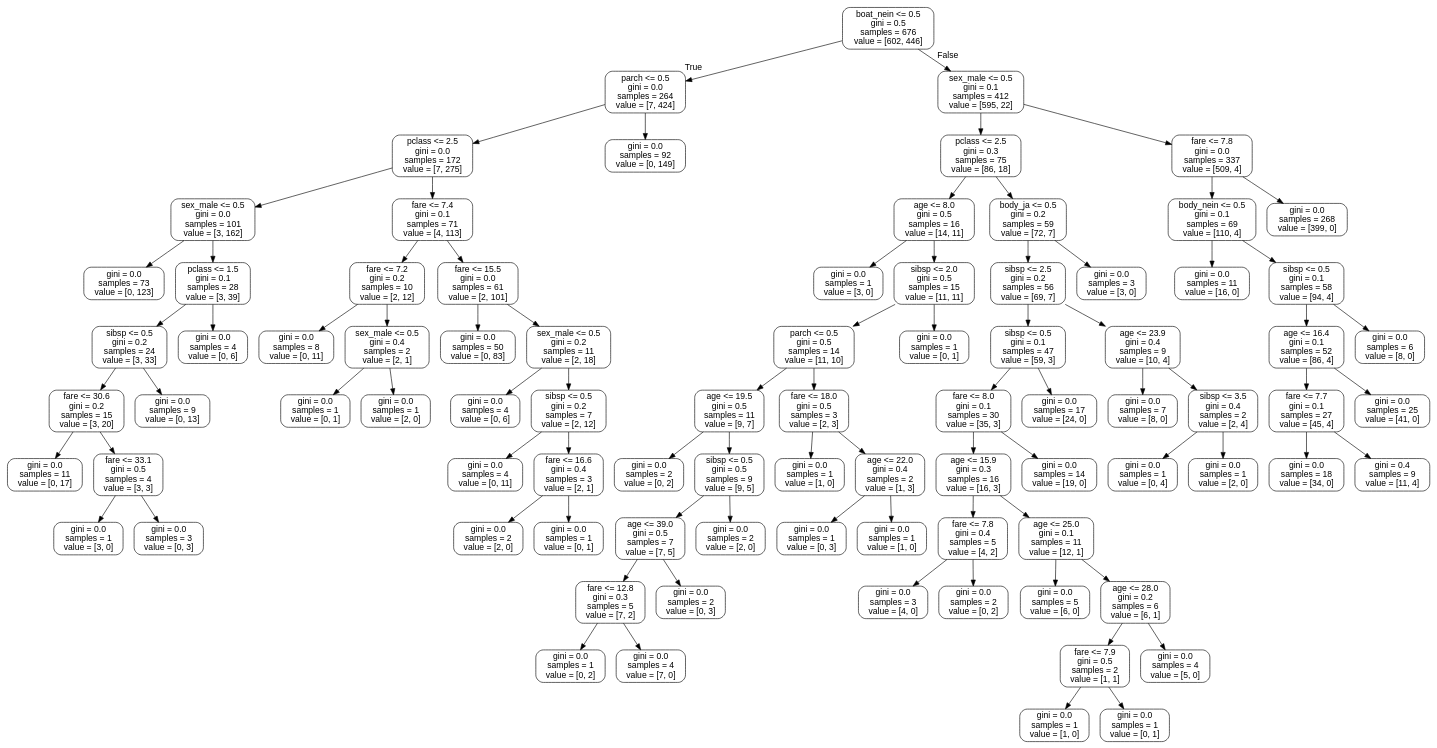
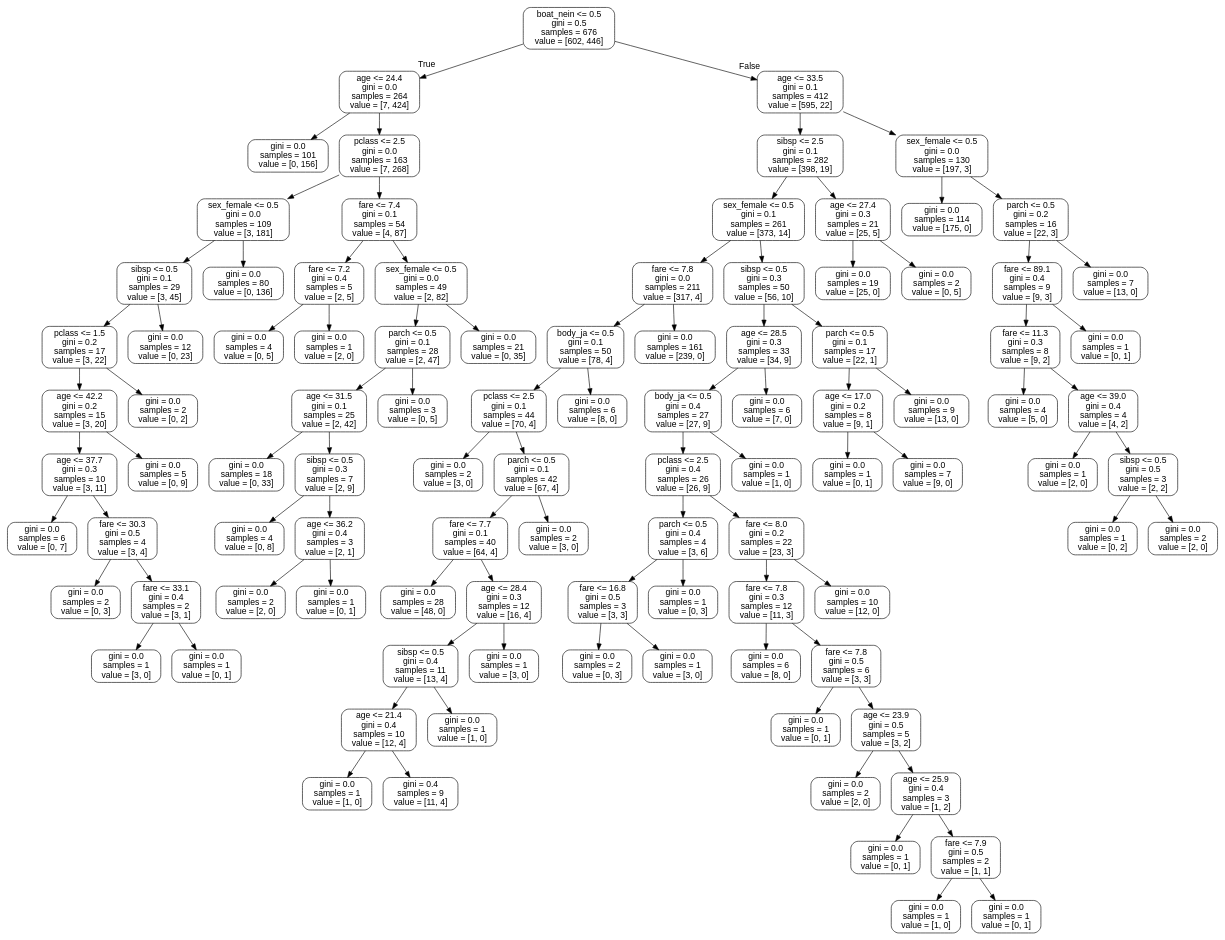
The diagram in tree.dot (umaend/cas_infeng), drawn with Graphviz before and after one commit. The commit also changed 2 other files, not shown here.

```diff
--- a/tree.dot
+++ b/tree.dot
@@ -2,172 +2,200 @@
 node [shape=box, style="rounded", color="black", fontname=helvetica] ;
 edge [fontname=helvetica] ;
 0 [label="boat_nein <= 0.5\ngini = 0.5\nsamples = 676\nvalue = [602, 446]"] ;
-1 [label="parch <= 0.5\ngini = 0.0\nsamples = 264\nvalue = [7, 424]"] ;
+1 [label="age <= 24.4\ngini = 0.0\nsamples = 264\nvalue = [7, 424]"] ;
 0 -> 1 [labeldistance=2.5, labelangle=45, headlabel="True"] ;
-2 [label="pclass <= 2.5\ngini = 0.0\nsamples = 172\nvalue = [7, 275]"] ;
+2 [label="gini = 0.0\nsamples = 101\nvalue = [0, 156]"] ;
 1 -> 2 ;
-3 [label="sex_male <= 0.5\ngini = 0.0\nsamples = 101\nvalue = [3, 162]"] ;
-2 -> 3 ;
-4 [label="gini = 0.0\nsamples = 73\nvalue = [0, 123]"] ;
+3 [label="pclass <= 2.5\ngini = 0.0\nsamples = 163\nvalue = [7, 268]"] ;
+1 -> 3 ;
+4 [label="sex_female <= 0.5\ngini = 0.0\nsamples = 109\nvalue = [3, 181]"] ;
 3 -> 4 ;
-5 [label="pclass <= 1.5\ngini = 0.1\nsamples = 28\nvalue = [3, 39]"] ;
-3 -> 5 ;
-6 [label="sibsp <= 0.5\ngini = 0.2\nsamples = 24\nvalue = [3, 33]"] ;
+5 [label="sibsp <= 0.5\ngini = 0.1\nsamples = 29\nvalue = [3, 45]"] ;
+4 -> 5 ;
+6 [label="pclass <= 1.5\ngini = 0.2\nsamples = 17\nvalue = [3, 22]"] ;
 5 -> 6 ;
-7 [label="fare <= 30.6\ngini = 0.2\nsamples = 15\nvalue = [3, 20]"] ;
+7 [label="age <= 42.2\ngini = 0.2\nsamples = 15\nvalue = [3, 20]"] ;
 6 -> 7 ;
-8 [label="gini = 0.0\nsamples = 11\nvalue = [0, 17]"] ;
+8 [label="age <= 37.7\ngini = 0.3\nsamples = 10\nvalue = [3, 11]"] ;
 7 -> 8 ;
-9 [label="fare <= 33.1\ngini = 0.5\nsamples = 4\nvalue = [3, 3]"] ;
-7 -> 9 ;
-10 [label="gini = 0.0\nsamples = 1\nvalue = [3, 0]"] ;
-9 -> 10 ;
-11 [label="gini = 0.0\nsamples = 3\nvalue = [0, 3]"] ;
-9 -> 11 ;
-12 [label="gini = 0.0\nsamples = 9\nvalue = [0, 13]"] ;
-6 -> 12 ;
-13 [label="gini = 0.0\nsamples = 4\nvalue = [0, 6]"] ;
-5 -> 13 ;
-14 [label="fare <= 7.4\ngini = 0.1\nsamples = 71\nvalue = [4, 113]"] ;
-2 -> 14 ;
-15 [label="fare <= 7.2\ngini = 0.2\nsamples = 10\nvalue = [2, 12]"] ;
-14 -> 15 ;
-16 [label="gini = 0.0\nsamples = 8\nvalue = [0, 11]"] ;
-15 -> 16 ;
-17 [label="sex_male <= 0.5\ngini = 0.4\nsamples = 2\nvalue = [2, 1]"] ;
-15 -> 17 ;
-18 [label="gini = 0.0\nsamples = 1\nvalue = [0, 1]"] ;
-17 -> 18 ;
-19 [label="gini = 0.0\nsamples = 1\nvalue = [2, 0]"] ;
-17 -> 19 ;
-20 [label="fare <= 15.5\ngini = 0.0\nsamples = 61\nvalue = [2, 101]"] ;
-14 -> 20 ;
-21 [label="gini = 0.0\nsamples = 50\nvalue = [0, 83]"] ;
+9 [label="gini = 0.0\nsamples = 6\nvalue = [0, 7]"] ;
+8 -> 9 ;
+10 [label="fare <= 30.3\ngini = 0.5\nsamples = 4\nvalue = [3, 4]"] ;
+8 -> 10 ;
+11 [label="gini = 0.0\nsamples = 2\nvalue = [0, 3]"] ;
+10 -> 11 ;
+12 [label="fare <= 33.1\ngini = 0.4\nsamples = 2\nvalue = [3, 1]"] ;
+10 -> 12 ;
+13 [label="gini = 0.0\nsamples = 1\nvalue = [3, 0]"] ;
+12 -> 13 ;
+14 [label="gini = 0.0\nsamples = 1\nvalue = [0, 1]"] ;
+12 -> 14 ;
+15 [label="gini = 0.0\nsamples = 5\nvalue = [0, 9]"] ;
+7 -> 15 ;
+16 [label="gini = 0.0\nsamples = 2\nvalue = [0, 2]"] ;
+6 -> 16 ;
+17 [label="gini = 0.0\nsamples = 12\nvalue = [0, 23]"] ;
+5 -> 17 ;
+18 [label="gini = 0.0\nsamples = 80\nvalue = [0, 136]"] ;
+4 -> 18 ;
+19 [label="fare <= 7.4\ngini = 0.1\nsamples = 54\nvalue = [4, 87]"] ;
+3 -> 19 ;
+20 [label="fare <= 7.2\ngini = 0.4\nsamples = 5\nvalue = [2, 5]"] ;
+19 -> 20 ;
+21 [label="gini = 0.0\nsamples = 4\nvalue = [0, 5]"] ;
 20 -> 21 ;
-22 [label="sex_male <= 0.5\ngini = 0.2\nsamples = 11\nvalue = [2, 18]"] ;
+22 [label="gini = 0.0\nsamples = 1\nvalue = [2, 0]"] ;
 20 -> 22 ;
-23 [label="gini = 0.0\nsamples = 4\nvalue = [0, 6]"] ;
-22 -> 23 ;
-24 [label="sibsp <= 0.5\ngini = 0.2\nsamples = 7\nvalue = [2, 12]"] ;
-22 -> 24 ;
-25 [label="gini = 0.0\nsamples = 4\nvalue = [0, 11]"] ;
+23 [label="sex_female <= 0.5\ngini = 0.0\nsamples = 49\nvalue = [2, 82]"] ;
+19 -> 23 ;
+24 [label="parch <= 0.5\ngini = 0.1\nsamples = 28\nvalue = [2, 47]"] ;
+23 -> 24 ;
+25 [label="age <= 31.5\ngini = 0.1\nsamples = 25\nvalue = [2, 42]"] ;
 24 -> 25 ;
-26 [label="fare <= 16.6\ngini = 0.4\nsamples = 3\nvalue = [2, 1]"] ;
-24 -> 26 ;
-27 [label="gini = 0.0\nsamples = 2\nvalue = [2, 0]"] ;
-26 -> 27 ;
-28 [label="gini = 0.0\nsamples = 1\nvalue = [0, 1]"] ;
-26 -> 28 ;
-29 [label="gini = 0.0\nsamples = 92\nvalue = [0, 149]"] ;
-1 -> 29 ;
-30 [label="sex_male <= 0.5\ngini = 0.1\nsamples = 412\nvalue = [595, 22]"] ;
-0 -> 30 [labeldistance=2.5, labelangle=-45, headlabel="False"] ;
-31 [label="pclass <= 2.5\ngini = 0.3\nsamples = 75\nvalue = [86, 18]"] ;
-30 -> 31 ;
-32 [label="age <= 8.0\ngini = 0.5\nsamples = 16\nvalue = [14, 11]"] ;
-31 -> 32 ;
-33 [label="gini = 0.0\nsamples = 1\nvalue = [3, 0]"] ;
-32 -> 33 ;
-34 [label="sibsp <= 2.0\ngini = 0.5\nsamples = 15\nvalue = [11, 11]"] ;
-32 -> 34 ;
-35 [label="parch <= 0.5\ngini = 0.5\nsamples = 14\nvalue = [11, 10]"] ;
+26 [label="gini = 0.0\nsamples = 18\nvalue = [0, 33]"] ;
+25 -> 26 ;
+27 [label="sibsp <= 0.5\ngini = 0.3\nsamples = 7\nvalue = [2, 9]"] ;
+25 -> 27 ;
+28 [label="gini = 0.0\nsamples = 4\nvalue = [0, 8]"] ;
+27 -> 28 ;
+29 [label="age <= 36.2\ngini = 0.4\nsamples = 3\nvalue = [2, 1]"] ;
+27 -> 29 ;
+30 [label="gini = 0.0\nsamples = 2\nvalue = [2, 0]"] ;
+29 -> 30 ;
+31 [label="gini = 0.0\nsamples = 1\nvalue = [0, 1]"] ;
+29 -> 31 ;
+32 [label="gini = 0.0\nsamples = 3\nvalue = [0, 5]"] ;
+24 -> 32 ;
+33 [label="gini = 0.0\nsamples = 21\nvalue = [0, 35]"] ;
+23 -> 33 ;
+34 [label="age <= 33.5\ngini = 0.1\nsamples = 412\nvalue = [595, 22]"] ;
+0 -> 34 [labeldistance=2.5, labelangle=-45, headlabel="False"] ;
+35 [label="sibsp <= 2.5\ngini = 0.1\nsamples = 282\nvalue = [398, 19]"] ;
 34 -> 35 ;
-36 [label="age <= 19.5\ngini = 0.5\nsamples = 11\nvalue = [9, 7]"] ;
+36 [label="sex_female <= 0.5\ngini = 0.1\nsamples = 261\nvalue = [373, 14]"] ;
 35 -> 36 ;
-37 [label="gini = 0.0\nsamples = 2\nvalue = [0, 2]"] ;
+37 [label="fare <= 7.8\ngini = 0.0\nsamples = 211\nvalue = [317, 4]"] ;
 36 -> 37 ;
-38 [label="sibsp <= 0.5\ngini = 0.5\nsamples = 9\nvalue = [9, 5]"] ;
-36 -> 38 ;
-39 [label="age <= 39.0\ngini = 0.5\nsamples = 7\nvalue = [7, 5]"] ;
+38 [label="body_ja <= 0.5\ngini = 0.1\nsamples = 50\nvalue = [78, 4]"] ;
+37 -> 38 ;
+39 [label="pclass <= 2.5\ngini = 0.1\nsamples = 44\nvalue = [70, 4]"] ;
 38 -> 39 ;
-40 [label="fare <= 12.8\ngini = 0.3\nsamples = 5\nvalue = [7, 2]"] ;
+40 [label="gini = 0.0\nsamples = 2\nvalue = [3, 0]"] ;
 39 -> 40 ;
-41 [label="gini = 0.0\nsamples = 1\nvalue = [0, 2]"] ;
-40 -> 41 ;
-42 [label="gini = 0.0\nsamples = 4\nvalue = [7, 0]"] ;
-40 -> 42 ;
-43 [label="gini = 0.0\nsamples = 2\nvalue = [0, 3]"] ;
-39 -> 43 ;
-44 [label="gini = 0.0\nsamples = 2\nvalue = [2, 0]"] ;
-38 -> 44 ;
-45 [label="fare <= 18.0\ngini = 0.5\nsamples = 3\nvalue = [2, 3]"] ;
-35 -> 45 ;
-46 [label="gini = 0.0\nsamples = 1\nvalue = [1, 0]"] ;
+41 [label="parch <= 0.5\ngini = 0.1\nsamples = 42\nvalue = [67, 4]"] ;
+39 -> 41 ;
+42 [label="fare <= 7.7\ngini = 0.1\nsamples = 40\nvalue = [64, 4]"] ;
+41 -> 42 ;
+43 [label="gini = 0.0\nsamples = 28\nvalue = [48, 0]"] ;
+42 -> 43 ;
+44 [label="age <= 28.4\ngini = 0.3\nsamples = 12\nvalue = [16, 4]"] ;
+42 -> 44 ;
+45 [label="sibsp <= 0.5\ngini = 0.4\nsamples = 11\nvalue = [13, 4]"] ;
+44 -> 45 ;
+46 [label="age <= 21.4\ngini = 0.4\nsamples = 10\nvalue = [12, 4]"] ;
 45 -> 46 ;
-47 [label="age <= 22.0\ngini = 0.4\nsamples = 2\nvalue = [1, 3]"] ;
-45 -> 47 ;
-48 [label="gini = 0.0\nsamples = 1\nvalue = [0, 3]"] ;
-47 -> 48 ;
+47 [label="gini = 0.0\nsamples = 1\nvalue = [1, 0]"] ;
+46 -> 47 ;
+48 [label="gini = 0.4\nsamples = 9\nvalue = [11, 4]"] ;
+46 -> 48 ;
 49 [label="gini = 0.0\nsamples = 1\nvalue = [1, 0]"] ;
-47 -> 49 ;
-50 [label="gini = 0.0\nsamples = 1\nvalue = [0, 1]"] ;
-34 -> 50 ;
-51 [label="body_ja <= 0.5\ngini = 0.2\nsamples = 59\nvalue = [72, 7]"] ;
-31 -> 51 ;
-52 [label="sibsp <= 2.5\ngini = 0.2\nsamples = 56\nvalue = [69, 7]"] ;
-51 -> 52 ;
-53 [label="sibsp <= 0.5\ngini = 0.1\nsamples = 47\nvalue = [59, 3]"] ;
-52 -> 53 ;
-54 [label="fare <= 8.0\ngini = 0.1\nsamples = 30\nvalue = [35, 3]"] ;
-53 -> 54 ;
-55 [label="age <= 15.9\ngini = 0.3\nsamples = 16\nvalue = [16, 3]"] ;
+45 -> 49 ;
+50 [label="gini = 0.0\nsamples = 1\nvalue = [3, 0]"] ;
+44 -> 50 ;
+51 [label="gini = 0.0\nsamples = 2\nvalue = [3, 0]"] ;
+41 -> 51 ;
+52 [label="gini = 0.0\nsamples = 6\nvalue = [8, 0]"] ;
+38 -> 52 ;
+53 [label="gini = 0.0\nsamples = 161\nvalue = [239, 0]"] ;
+37 -> 53 ;
+54 [label="sibsp <= 0.5\ngini = 0.3\nsamples = 50\nvalue = [56, 10]"] ;
+36 -> 54 ;
+55 [label="age <= 28.5\ngini = 0.3\nsamples = 33\nvalue = [34, 9]"] ;
 54 -> 55 ;
-56 [label="fare <= 7.8\ngini = 0.4\nsamples = 5\nvalue = [4, 2]"] ;
+56 [label="body_ja <= 0.5\ngini = 0.4\nsamples = 27\nvalue = [27, 9]"] ;
 55 -> 56 ;
-57 [label="gini = 0.0\nsamples = 3\nvalue = [4, 0]"] ;
+57 [label="pclass <= 2.5\ngini = 0.4\nsamples = 26\nvalue = [26, 9]"] ;
 56 -> 57 ;
-58 [label="gini = 0.0\nsamples = 2\nvalue = [0, 2]"] ;
-56 -> 58 ;
-59 [label="age <= 25.0\ngini = 0.1\nsamples = 11\nvalue = [12, 1]"] ;
-55 -> 59 ;
-60 [label="gini = 0.0\nsamples = 5\nvalue = [6, 0]"] ;
+58 [label="parch <= 0.5\ngini = 0.4\nsamples = 4\nvalue = [3, 6]"] ;
+57 -> 58 ;
+59 [label="fare <= 16.8\ngini = 0.5\nsamples = 3\nvalue = [3, 3]"] ;
+58 -> 59 ;
+60 [label="gini = 0.0\nsamples = 2\nvalue = [0, 3]"] ;
 59 -> 60 ;
-61 [label="age <= 28.0\ngini = 0.2\nsamples = 6\nvalue = [6, 1]"] ;
+61 [label="gini = 0.0\nsamples = 1\nvalue = [3, 0]"] ;
 59 -> 61 ;
-62 [label="fare <= 7.9\ngini = 0.5\nsamples = 2\nvalue = [1, 1]"] ;
-61 -> 62 ;
-63 [label="gini = 0.0\nsamples = 1\nvalue = [1, 0]"] ;
-62 -> 63 ;
-64 [label="gini = 0.0\nsamples = 1\nvalue = [0, 1]"] ;
-62 -> 64 ;
-65 [label="gini = 0.0\nsamples = 4\nvalue = [5, 0]"] ;
-61 -> 65 ;
-66 [label="gini = 0.0\nsamples = 14\nvalue = [19, 0]"] ;
-54 -> 66 ;
-67 [label="gini = 0.0\nsamples = 17\nvalue = [24, 0]"] ;
-53 -> 67 ;
-68 [label="age <= 23.9\ngini = 0.4\nsamples = 9\nvalue = [10, 4]"] ;
-52 -> 68 ;
-69 [label="gini = 0.0\nsamples = 7\nvalue = [8, 0]"] ;
+62 [label="gini = 0.0\nsamples = 1\nvalue = [0, 3]"] ;
+58 -> 62 ;
+63 [label="fare <= 8.0\ngini = 0.2\nsamples = 22\nvalue = [23, 3]"] ;
+57 -> 63 ;
+64 [label="fare <= 7.8\ngini = 0.3\nsamples = 12\nvalue = [11, 3]"] ;
+63 -> 64 ;
+65 [label="gini = 0.0\nsamples = 6\nvalue = [8, 0]"] ;
+64 -> 65 ;
+66 [label="fare <= 7.8\ngini = 0.5\nsamples = 6\nvalue = [3, 3]"] ;
+64 -> 66 ;
+67 [label="gini = 0.0\nsamples = 1\nvalue = [0, 1]"] ;
+66 -> 67 ;
+68 [label="age <= 23.9\ngini = 0.5\nsamples = 5\nvalue = [3, 2]"] ;
+66 -> 68 ;
+69 [label="gini = 0.0\nsamples = 2\nvalue = [2, 0]"] ;
 68 -> 69 ;
-70 [label="sibsp <= 3.5\ngini = 0.4\nsamples = 2\nvalue = [2, 4]"] ;
+70 [label="age <= 25.9\ngini = 0.4\nsamples = 3\nvalue = [1, 2]"] ;
 68 -> 70 ;
-71 [label="gini = 0.0\nsamples = 1\nvalue = [0, 4]"] ;
+71 [label="gini = 0.0\nsamples = 1\nvalue = [0, 1]"] ;
 70 -> 71 ;
-72 [label="gini = 0.0\nsamples = 1\nvalue = [2, 0]"] ;
+72 [label="fare <= 7.9\ngini = 0.5\nsamples = 2\nvalue = [1, 1]"] ;
 70 -> 72 ;
-73 [label="gini = 0.0\nsamples = 3\nvalue = [3, 0]"] ;
-51 -> 73 ;
-74 [label="fare <= 7.8\ngini = 0.0\nsamples = 337\nvalue = [509, 4]"] ;
-30 -> 74 ;
-75 [label="body_nein <= 0.5\ngini = 0.1\nsamples = 69\nvalue = [110, 4]"] ;
-74 -> 75 ;
-76 [label="gini = 0.0\nsamples = 11\nvalue = [16, 0]"] ;
-75 -> 76 ;
-77 [label="sibsp <= 0.5\ngini = 0.1\nsamples = 58\nvalue = [94, 4]"] ;
-75 -> 77 ;
-78 [label="age <= 16.4\ngini = 0.1\nsamples = 52\nvalue = [86, 4]"] ;
-77 -> 78 ;
-79 [label="fare <= 7.7\ngini = 0.1\nsamples = 27\nvalue = [45, 4]"] ;
+73 [label="gini = 0.0\nsamples = 1\nvalue = [1, 0]"] ;
+72 -> 73 ;
+74 [label="gini = 0.0\nsamples = 1\nvalue = [0, 1]"] ;
+72 -> 74 ;
+75 [label="gini = 0.0\nsamples = 10\nvalue = [12, 0]"] ;
+63 -> 75 ;
+76 [label="gini = 0.0\nsamples = 1\nvalue = [1, 0]"] ;
+56 -> 76 ;
+77 [label="gini = 0.0\nsamples = 6\nvalue = [7, 0]"] ;
+55 -> 77 ;
+78 [label="parch <= 0.5\ngini = 0.1\nsamples = 17\nvalue = [22, 1]"] ;
+54 -> 78 ;
+79 [label="age <= 17.0\ngini = 0.2\nsamples = 8\nvalue = [9, 1]"] ;
 78 -> 79 ;
-80 [label="gini = 0.0\nsamples = 18\nvalue = [34, 0]"] ;
+80 [label="gini = 0.0\nsamples = 1\nvalue = [0, 1]"] ;
 79 -> 80 ;
-81 [label="gini = 0.4\nsamples = 9\nvalue = [11, 4]"] ;
+81 [label="gini = 0.0\nsamples = 7\nvalue = [9, 0]"] ;
 79 -> 81 ;
-82 [label="gini = 0.0\nsamples = 25\nvalue = [41, 0]"] ;
+82 [label="gini = 0.0\nsamples = 9\nvalue = [13, 0]"] ;
 78 -> 82 ;
-83 [label="gini = 0.0\nsamples = 6\nvalue = [8, 0]"] ;
-77 -> 83 ;
-84 [label="gini = 0.0\nsamples = 268\nvalue = [399, 0]"] ;
-74 -> 84 ;
+83 [label="age <= 27.4\ngini = 0.3\nsamples = 21\nvalue = [25, 5]"] ;
+35 -> 83 ;
+84 [label="gini = 0.0\nsamples = 19\nvalue = [25, 0]"] ;
+83 -> 84 ;
+85 [label="gini = 0.0\nsamples = 2\nvalue = [0, 5]"] ;
+83 -> 85 ;
+86 [label="sex_female <= 0.5\ngini = 0.0\nsamples = 130\nvalue = [197, 3]"] ;
+34 -> 86 ;
+87 [label="gini = 0.0\nsamples = 114\nvalue = [175, 0]"] ;
+86 -> 87 ;
+88 [label="parch <= 0.5\ngini = 0.2\nsamples = 16\nvalue = [22, 3]"] ;
+86 -> 88 ;
+89 [label="fare <= 89.1\ngini = 0.4\nsamples = 9\nvalue = [9, 3]"] ;
+88 -> 89 ;
+90 [label="fare <= 11.3\ngini = 0.3\nsamples = 8\nvalue = [9, 2]"] ;
+89 -> 90 ;
+91 [label="gini = 0.0\nsamples = 4\nvalue = [5, 0]"] ;
+90 -> 91 ;
+92 [label="age <= 39.0\ngini = 0.4\nsamples = 4\nvalue = [4, 2]"] ;
+90 -> 92 ;
+93 [label="gini = 0.0\nsamples = 1\nvalue = [2, 0]"] ;
+92 -> 93 ;
+94 [label="sibsp <= 0.5\ngini = 0.5\nsamples = 3\nvalue = [2, 2]"] ;
+92 -> 94 ;
+95 [label="gini = 0.0\nsamples = 1\nvalue = [0, 2]"] ;
+94 -> 95 ;
+96 [label="gini = 0.0\nsamples = 2\nvalue = [2, 0]"] ;
+94 -> 96 ;
+97 [label="gini = 0.0\nsamples = 1\nvalue = [0, 1]"] ;
+89 -> 97 ;
+98 [label="gini = 0.0\nsamples = 7\nvalue = [13, 0]"] ;
+88 -> 98 ;
 }
```
